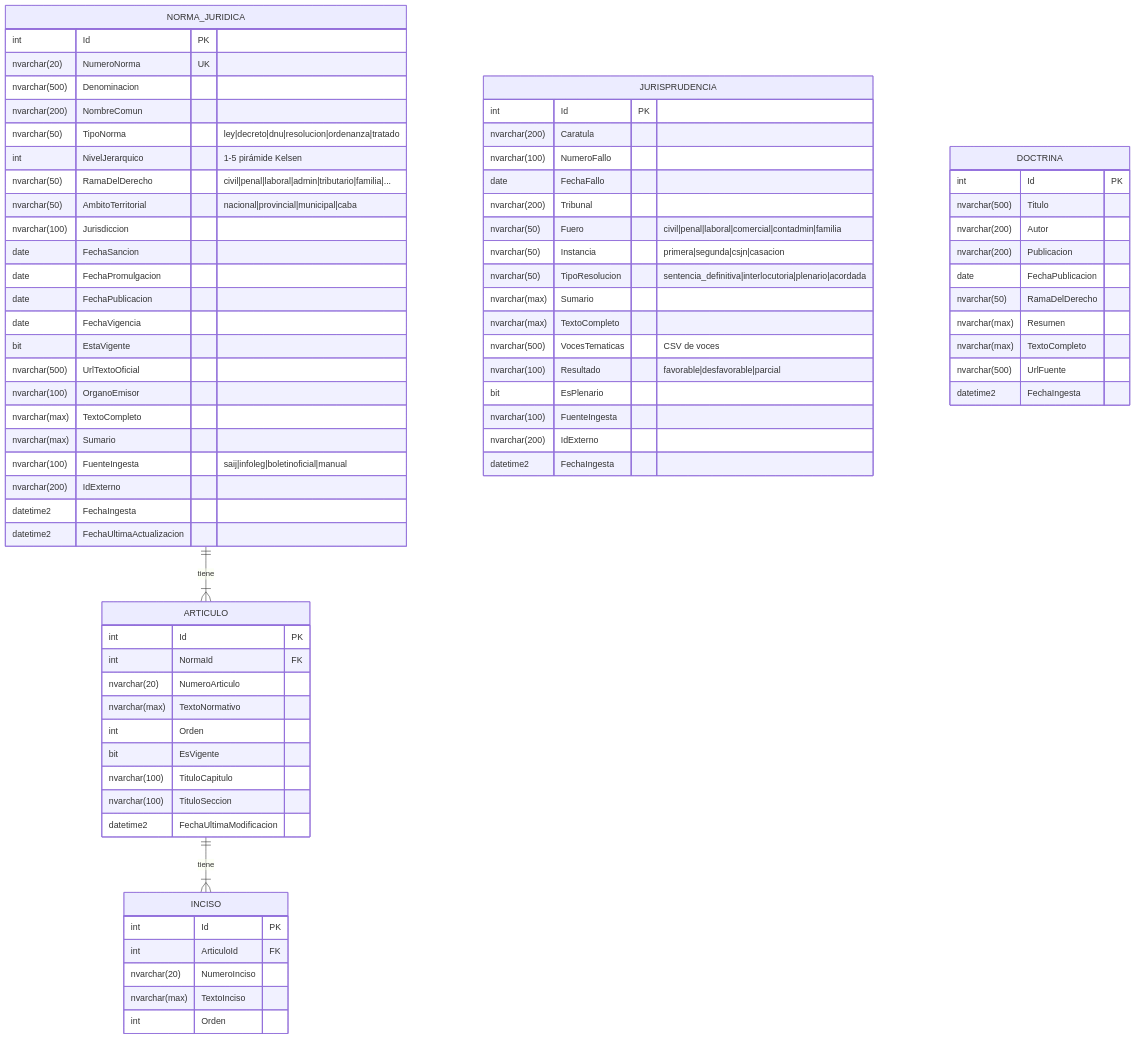
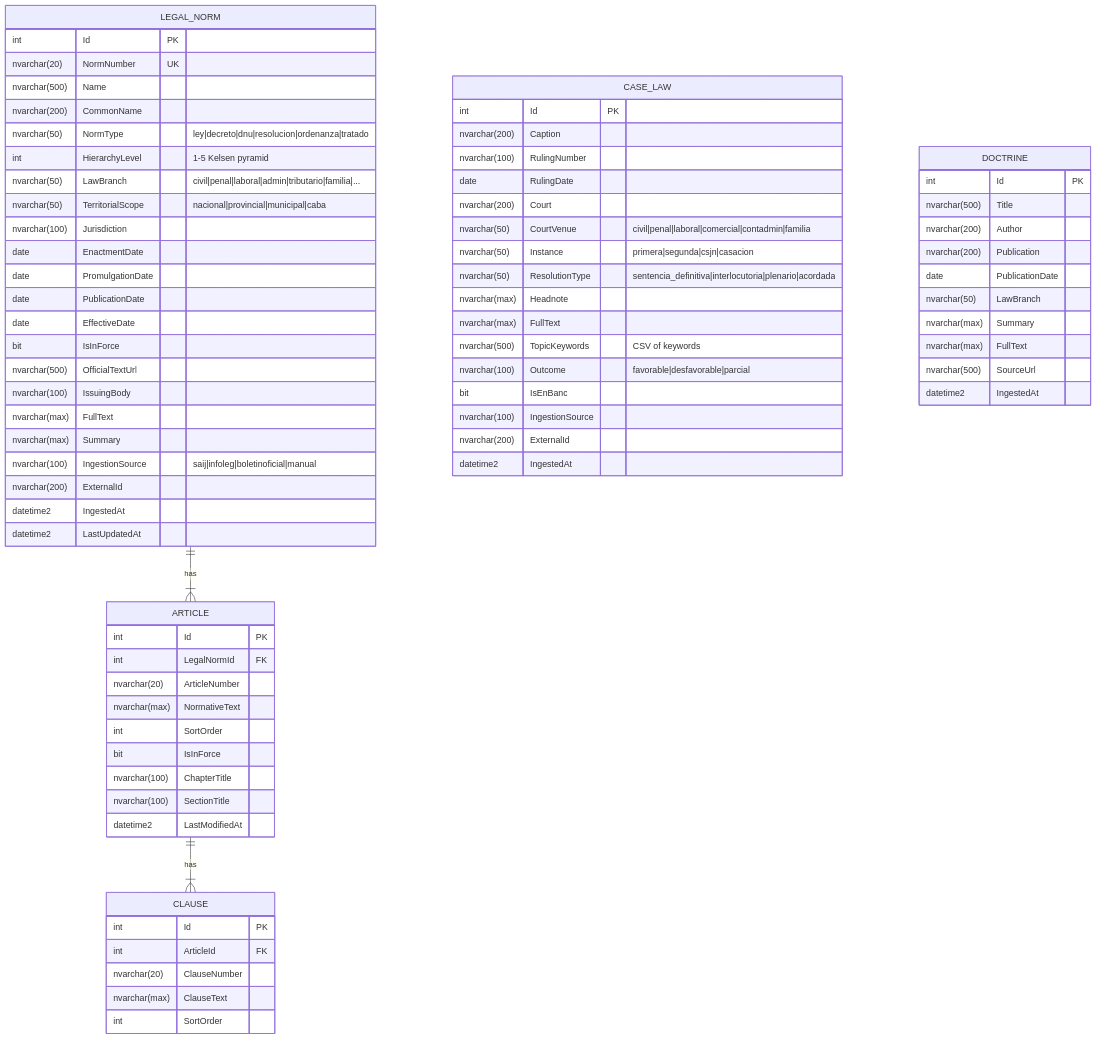
Before and after one commit to pablonux/legal-ai-ar: the fifth of 13 diagrams in docs/roadmap/F00 - Development Environment and Structure/F00 - W01 - Comprehensive Documentation.md, drawn with Mermaid. The commit also changed other lines of this file and 8 other files, not shown here.

````diff
--- a/docs/roadmap/F00 - Development Environment and Structure/F00 - W01 - Comprehensive Documentation.md
+++ b/docs/roadmap/F00 - Development Environment and Structure/F00 - W01 - Comprehensive Documentation.md
@@ -433,82 +435,82 @@
 ```mermaid
 erDiagram
-    NORMA_JURIDICA {
+    LEGAL_NORM {
         int Id PK
-        nvarchar(20) NumeroNorma UK
-        nvarchar(500) Denominacion
-        nvarchar(200) NombreComun
-        nvarchar(50) TipoNorma "ley|decreto|dnu|resolucion|ordenanza|tratado"
-        int NivelJerarquico "1-5 pirámide Kelsen"
-        nvarchar(50) RamaDelDerecho "civil|penal|laboral|admin|tributario|familia|..."
-        nvarchar(50) AmbitoTerritorial "nacional|provincial|municipal|caba"
-        nvarchar(100) Jurisdiccion
-        date FechaSancion
-        date FechaPromulgacion
-        date FechaPublicacion
-        date FechaVigencia
-        bit EstaVigente
-        nvarchar(500) UrlTextoOficial
-        nvarchar(100) OrganoEmisor
-        nvarchar(max) TextoCompleto
-        nvarchar(max) Sumario
-        nvarchar(100) FuenteIngesta "saij|infoleg|boletinoficial|manual"
-        nvarchar(200) IdExterno
-        datetime2 FechaIngesta
-        datetime2 FechaUltimaActualizacion
+        nvarchar(20) NormNumber UK
+        nvarchar(500) Name
+        nvarchar(200) CommonName
+        nvarchar(50) NormType "ley|decreto|dnu|resolucion|ordenanza|tratado"
+        int HierarchyLevel "1-5 Kelsen pyramid"
+        nvarchar(50) LawBranch "civil|penal|laboral|admin|tributario|familia|..."
+        nvarchar(50) TerritorialScope "nacional|provincial|municipal|caba"
+        nvarchar(100) Jurisdiction
+        date EnactmentDate
+        date PromulgationDate
+        date PublicationDate
+        date EffectiveDate
+        bit IsInForce
+        nvarchar(500) OfficialTextUrl
+        nvarchar(100) IssuingBody
+        nvarchar(max) FullText
+        nvarchar(max) Summary
+        nvarchar(100) IngestionSource "saij|infoleg|boletinoficial|manual"
+        nvarchar(200) ExternalId
+        datetime2 IngestedAt
+        datetime2 LastUpdatedAt
     }
 
-    ARTICULO {
+    ARTICLE {
         int Id PK
-        int NormaId FK
-        nvarchar(20) NumeroArticulo
-        nvarchar(max) TextoNormativo
-        int Orden
-        bit EsVigente
-        nvarchar(100) TituloCapitulo
-        nvarchar(100) TituloSeccion
-        datetime2 FechaUltimaModificacion
+        int LegalNormId FK
+        nvarchar(20) ArticleNumber
+        nvarchar(max) NormativeText
+        int SortOrder
+        bit IsInForce
+        nvarchar(100) ChapterTitle
+        nvarchar(100) SectionTitle
+        datetime2 LastModifiedAt
     }
 
-    INCISO {
+    CLAUSE {
         int Id PK
-        int ArticuloId FK
-        nvarchar(20) NumeroInciso
-        nvarchar(max) TextoInciso
-        int Orden
+        int ArticleId FK
+        nvarchar(20) ClauseNumber
+        nvarchar(max) ClauseText
+        int SortOrder
     }
 
-    JURISPRUDENCIA {
+    CASE_LAW {
         int Id PK
-        nvarchar(200) Caratula
-        nvarchar(100) NumeroFallo
-        date FechaFallo
-        nvarchar(200) Tribunal
-        nvarchar(50) Fuero "civil|penal|laboral|comercial|contadmin|familia"
-        nvarchar(50) Instancia "primera|segunda|csjn|casacion"
-        nvarchar(50) TipoResolucion "sentencia_definitiva|interlocutoria|plenario|acordada"
-        nvarchar(max) Sumario
-        nvarchar(max) TextoCompleto
-        nvarchar(500) VocesTematicas "CSV de voces"
-        nvarchar(100) Resultado "favorable|desfavorable|parcial"
-        bit EsPlenario
-        nvarchar(100) FuenteIngesta
-        nvarchar(200) IdExterno
-        datetime2 FechaIngesta
+        nvarchar(200) Caption
+        nvarchar(100) RulingNumber
+        date RulingDate
+        nvarchar(200) Court
+        nvarchar(50) CourtVenue "civil|penal|laboral|comercial|contadmin|familia"
+        nvarchar(50) Instance "primera|segunda|csjn|casacion"
+        nvarchar(50) ResolutionType "sentencia_definitiva|interlocutoria|plenario|acordada"
+        nvarchar(max) Headnote
+        nvarchar(max) FullText
+        nvarchar(500) TopicKeywords "CSV of keywords"
+        nvarchar(100) Outcome "favorable|desfavorable|parcial"
+        bit IsEnBanc
+        nvarchar(100) IngestionSource
+        nvarchar(200) ExternalId
+        datetime2 IngestedAt
     }
 
-    DOCTRINA {
+    DOCTRINE {
         int Id PK
-        nvarchar(500) Titulo
-        nvarchar(200) Autor
-        nvarchar(200) Publicacion
-        date FechaPublicacion
-        nvarchar(50) RamaDelDerecho
-        nvarchar(max) Resumen
-        nvarchar(max) TextoCompleto
-        nvarchar(500) UrlFuente
-        datetime2 FechaIngesta
+        nvarchar(500) Title
+        nvarchar(200) Author
+        nvarchar(200) Publication
+        date PublicationDate
+        nvarchar(50) LawBranch
+        nvarchar(max) Summary
+        nvarchar(max) FullText
+        nvarchar(500) SourceUrl
+        datetime2 IngestedAt
     }
 
-    NORMA_JURIDICA ||--|{ ARTICULO : "tiene"
-    ARTICULO ||--|{ INCISO : "tiene"
+    LEGAL_NORM ||--|{ ARTICLE : "has"
+    ARTICLE ||--|{ CLAUSE : "has"
 ```
````
